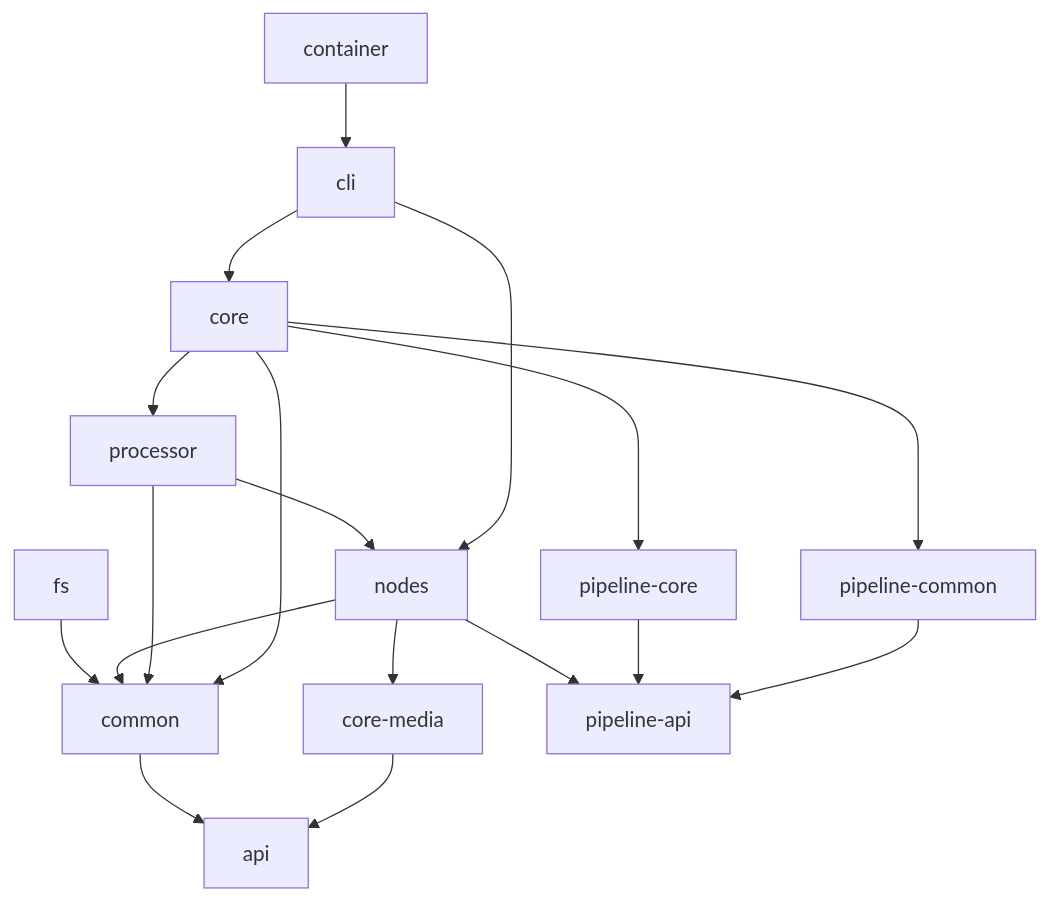
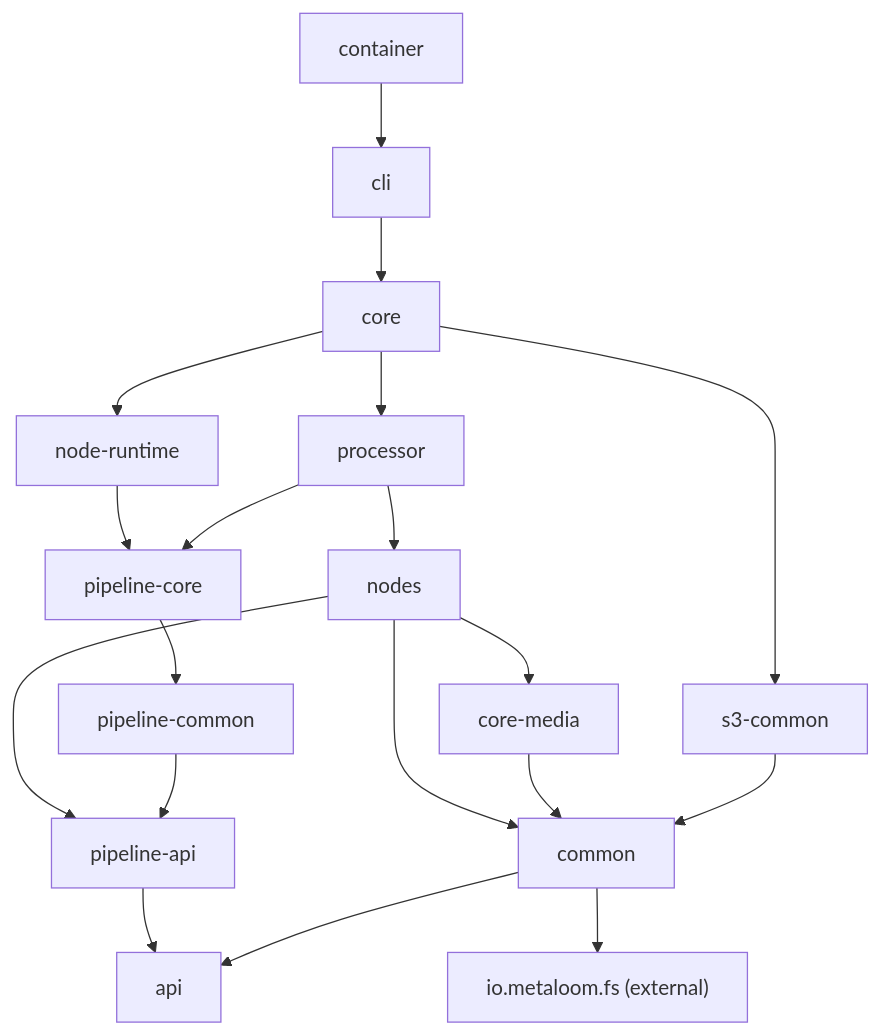
One commit to metaloom/metaloom changed the first of 2 diagrams in spec/cortex/CORTEX.md. Above: the diagram before and after it, drawn with Mermaid. The commit also changed other lines of this file and 45 other files, not shown here.

````diff
--- a/spec/cortex/CORTEX.md
+++ b/spec/cortex/CORTEX.md
@@ -85,33 +70,22 @@
 ```mermaid
 graph TD
     api[api]
-    common[common]
-    fs[fs]
-    core-media[core-media]
-    nodes[nodes]
-    processor[processor]
-    core[core]
-    cli[cli]
-    container[container]
-    pipeline-api[pipeline-api]
-    pipeline-core[pipeline-core]
-    pipeline-common[pipeline-common]
-
     common --> api
-    fs --> common
-    core-media --> api
+    common --> fsext["io.metaloom.fs (external)"]
+    s3-common --> common
+    core-media --> common
+    pipeline-api --> api
+    pipeline-common --> pipeline-api
+    pipeline-core --> pipeline-common
     nodes --> common
     nodes --> core-media
     nodes --> pipeline-api
-    pipeline-core --> pipeline-api
-    pipeline-common --> pipeline-api
-    processor --> common
     processor --> nodes
-    core --> pipeline-core
-    core --> pipeline-common
+    processor --> pipeline-core
+    node-runtime --> pipeline-core
+    core --> node-runtime
     core --> processor
-    core --> common
+    core --> s3-common
     cli --> core
-    cli --> nodes
     container --> cli
 ```
````
